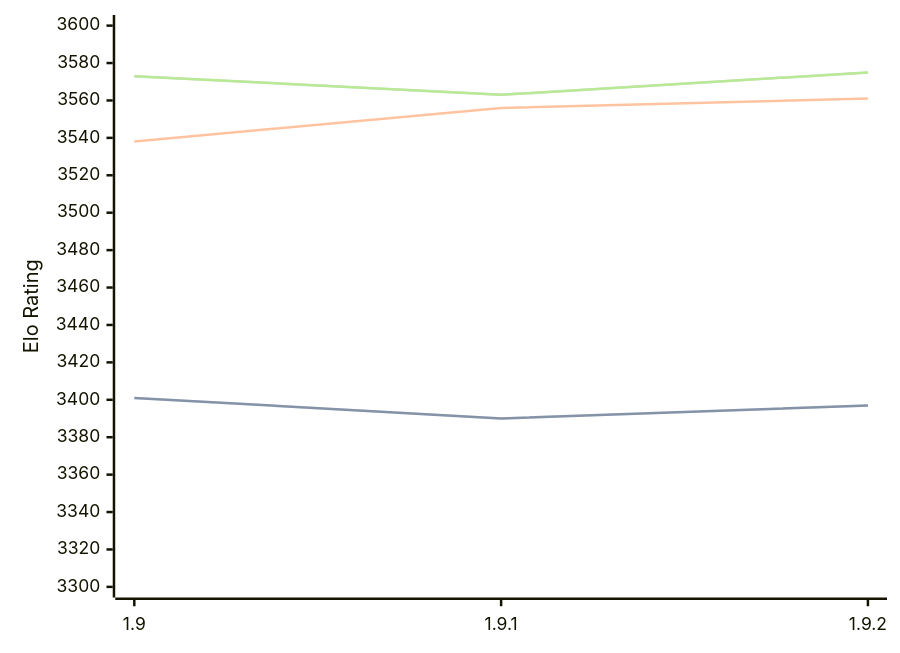
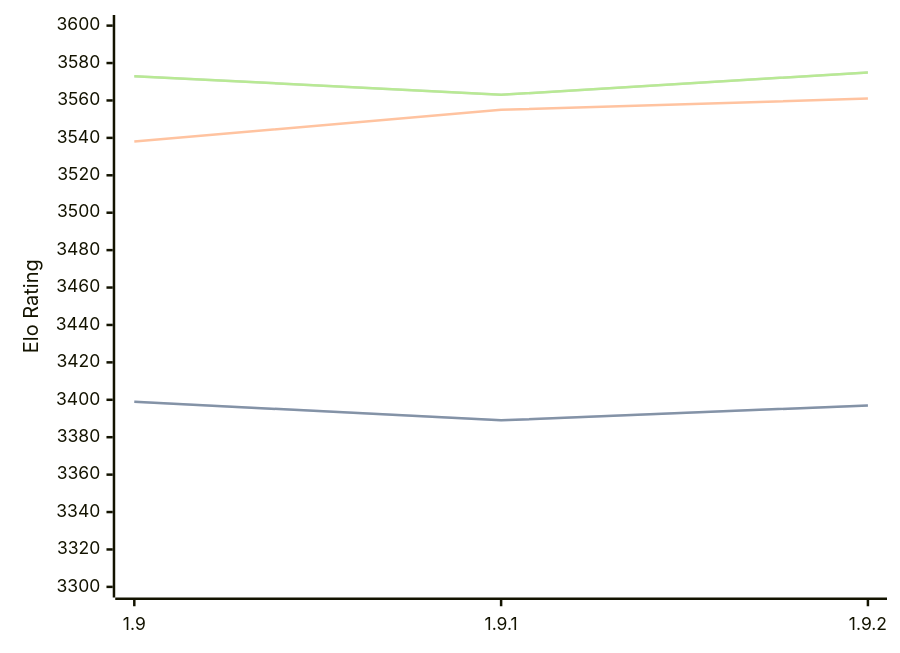
One commit to computer-chess-index/cci changed the diagram in engines/Pawnocchio.md. Above: the diagram before and after it, drawn with Mermaid. The commit also changed other lines of this file, not shown here.

````diff
--- a/engines/Pawnocchio.md
+++ b/engines/Pawnocchio.md
@@ -48,11 +48,11 @@
 ```mermaid
 %%{init: {"theme":"base","themeVariables":{"seriesColors:['#a3a3a3','#222221','#faa371']}}}%%
 xychart-beta
   x-axis ["1.9", "1.9.1", "1.9.2"]
   y-axis "Elo Rating" 3300 --> 3600
-  line "STC (8.0+0.08s)" [3401, 3390, 3397]
-  line "STC (8.0+0.08s)" [3401, 3390, 3397]
-  line "LTC (60.0+0.60s)" [3538, 3556, 3561]
+  line "STC (8.0+0.08s)" [3399, 3389, 3397]
+  line "STC (8.0+0.08s)" [3399, 3389, 3397]
+  line "LTC (60.0+0.60s)" [3538, 3555, 3561]
   line "VLTC (2m24s+1.12s)" [3573, 3563, 3575]
   line "VLTC (2m24s+1.12s)" [3573, 3563, 3575]
 ```
````
